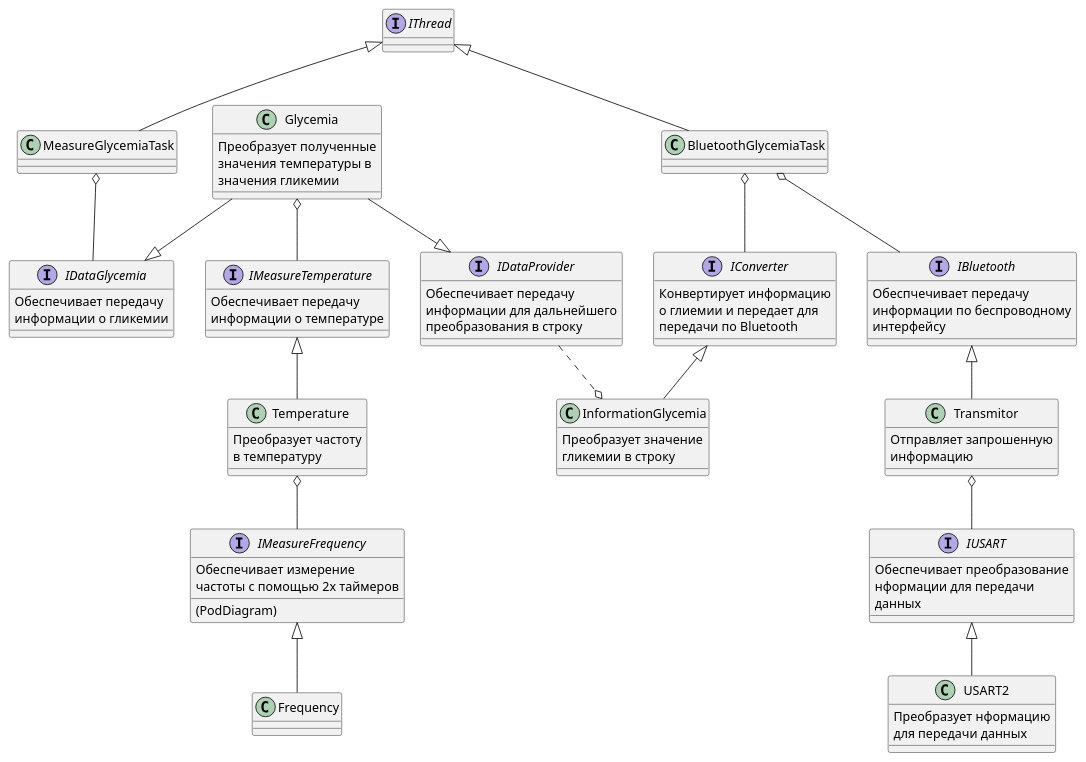
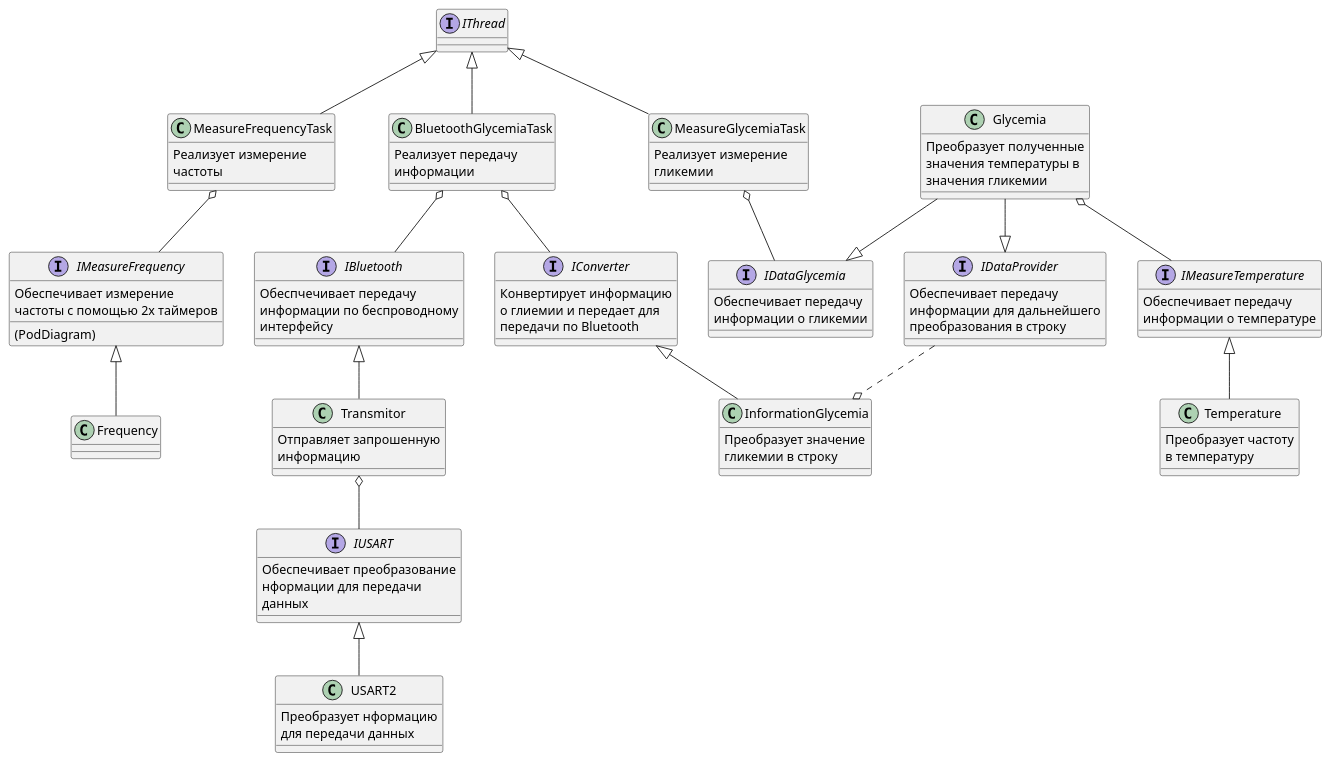
Before and after one commit to Luda-Seliv-KE-413/Kursovoy: the diagram in DOC/Diagram.puml, drawn with PlantUML. The commit also changed 3 other files, not shown here.

```diff
--- a/DOC/Diagram.puml
+++ b/DOC/Diagram.puml
@@ -1,96 +1,109 @@
 @startuml main 
 
 interface IThread
 class MeasureGlycemiaTask
+{
+    Реализует измерение
+    гликемии
+}
 class Glycemia
 {
     Преобразует полученные
     значения температуры в
     значения гликемии
 }
 interface IMeasureTemperature
 {
     Обеспечивает передачу
     информации о температуре
 }
 class Temperature
 {
     Преобразует частоту
     в температуру
 }
+class MeasureFrequencyTask
+{
+    Реализует измерение
+    частоты
+}
 interface IMeasureFrequency
 {
     Обеспечивает измерение
     частоты с помощью 2х таймеров
     (PodDiagram)
 }
 class Frequency
 
 IThread <|-down- MeasureGlycemiaTask
 IDataGlycemia -up-o MeasureGlycemiaTask
 IDataGlycemia <|-up- Glycemia
 IMeasureTemperature -up-o Glycemia
 Temperature -up-|> IMeasureTemperature
 Frequency -up-|> IMeasureFrequency
-IMeasureFrequency -up-o Temperature
-
+MeasureFrequencyTask -up-|> IThread
+IMeasureFrequency -up-o MeasureFrequencyTask
 
 class BluetoothGlycemiaTask
+{
+    Реализует передачу
+    информации
+}
 class USART2
 {
     Преобразует нформацию
     для передачи данных
 }
 class Transmitor
 {
     Отправляет запрошенную
     информацию
 }
 interface IDataGlycemia
 {
     Обеспечивает передачу
     информации о гликемии
 }
 class InformationGlycemia
 {
     Преобразует значение 
     гликемии в строку
 }
 interface IBluetooth
 {
     Обеспчечивает передачу 
     информации по беспроводному
     интерфейсу
 }
 interface IUSART
 {
     Обеспечивает преобразование 
     нформации для передачи 
     данных
 }
 interface IConverter
 {
     Конвертирует информацию 
     о глиемии и передает для 
     передачи по Bluetooth
 }
 interface IDataProvider
 {
     Обеспечивает передачу 
     информации для дальнейшего 
     преобразования в строку
 }
 
 IThread <|-- BluetoothGlycemiaTask
 BluetoothGlycemiaTask o-- IBluetooth
 Transmitor -up-|> IBluetooth
 IUSART -up-o Transmitor
 USART2 -up-|> IUSART
 InformationGlycemia -up-|> IConverter
 IConverter -up-o BluetoothGlycemiaTask
 
 
 InformationGlycemia o.up.IDataProvider
 Glycemia --|> IDataProvider
 
 @enduml
```
